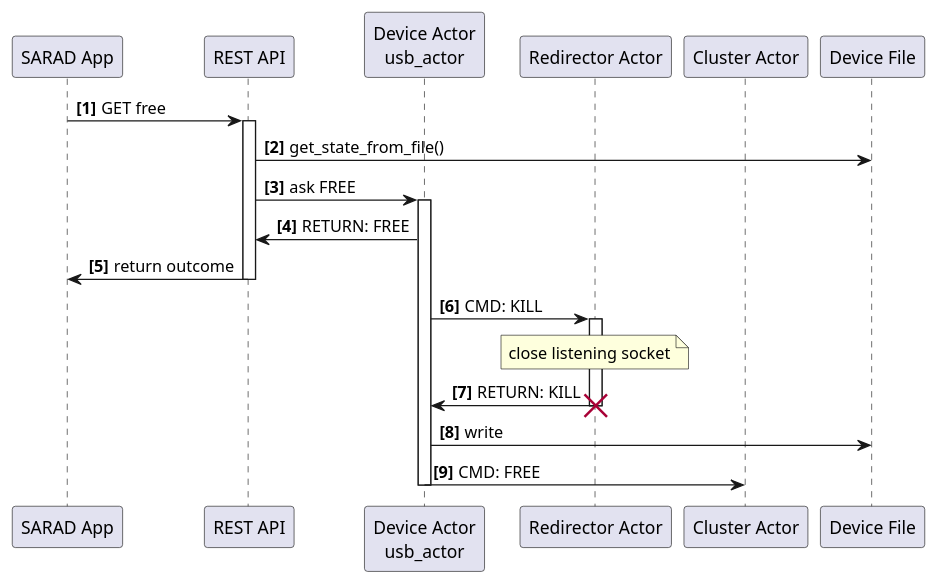
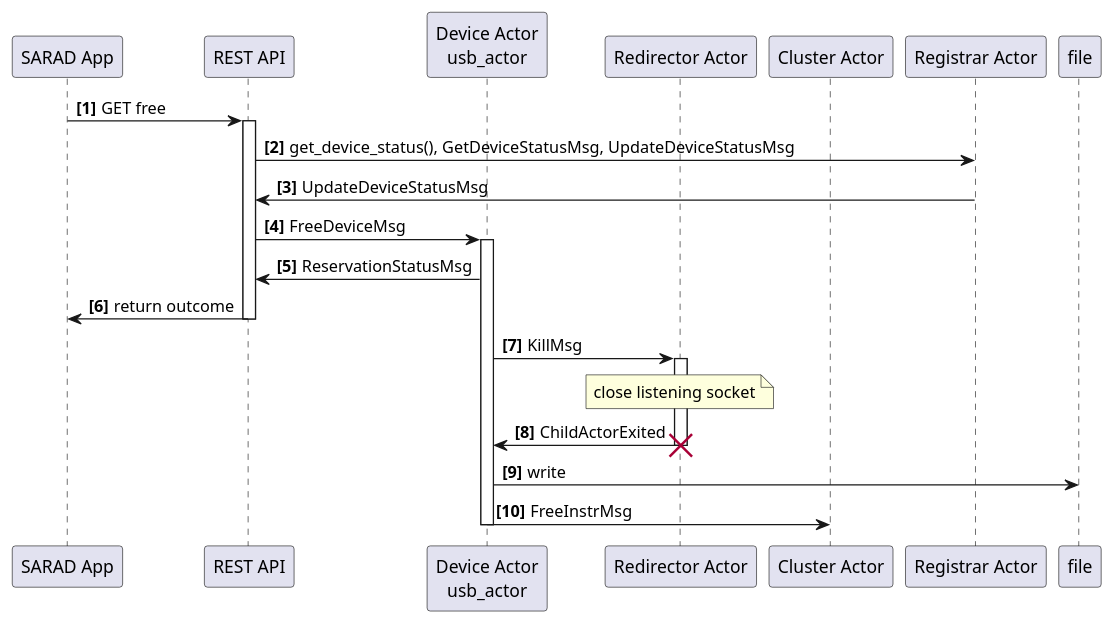
Before and after one commit to SARAD-GmbH/RegServer: the diagram in doc/source/uml-freeing.puml, drawn with PlantUML. The commit also changed 17 other files, not shown here.

```diff
--- a/doc/source/uml-freeing.puml
+++ b/doc/source/uml-freeing.puml
@@ -1,26 +1,27 @@
 @startuml
 autonumber "<b>[0]"
 participant "SARAD App" as app
 participant "REST API" as api
 participant "Device Actor\nusb_actor" as device_actor
 participant "Redirector Actor" as redirector
 participant "Cluster Actor" as cluster
-participant "Device File" as file
+participant "Registrar Actor" as registrar
 
 app -> api: GET free
 activate api
-api -> file: get_state_from_file()
-api -> device_actor: ask FREE
+api -> registrar: get_device_status(), GetDeviceStatusMsg, UpdateDeviceStatusMsg
+api <- registrar: UpdateDeviceStatusMsg
+api -> device_actor: FreeDeviceMsg
 activate device_actor
-device_actor -> api: RETURN: FREE
+device_actor -> api: ReservationStatusMsg
 api -> app: return outcome
 deactivate api
-device_actor -> redirector: CMD: KILL
+device_actor -> redirector: KillMsg
 activate redirector
 note over redirector: close listening socket
-redirector -> device_actor: RETURN: KILL
+redirector -> device_actor: ChildActorExited
 destroy redirector
 device_actor -> file: write
-device_actor -> cluster: CMD: FREE
+device_actor -> cluster: FreeInstrMsg
 deactivate device_actor
 @enduml
```
